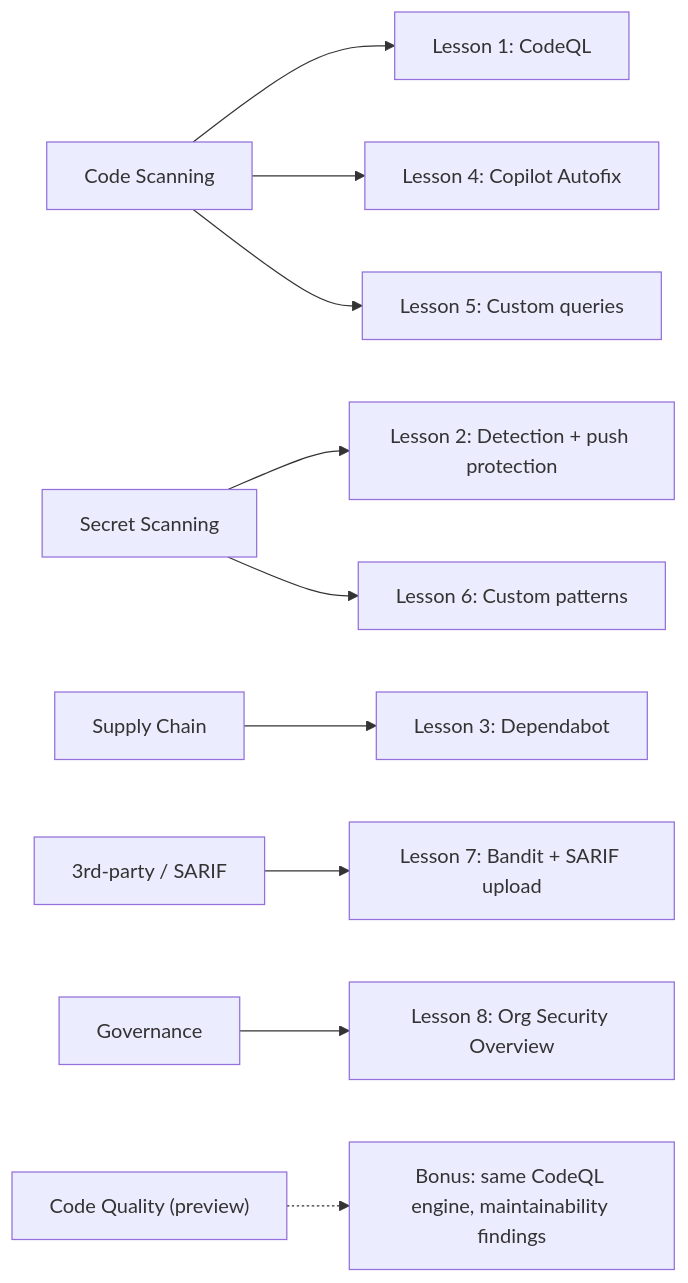
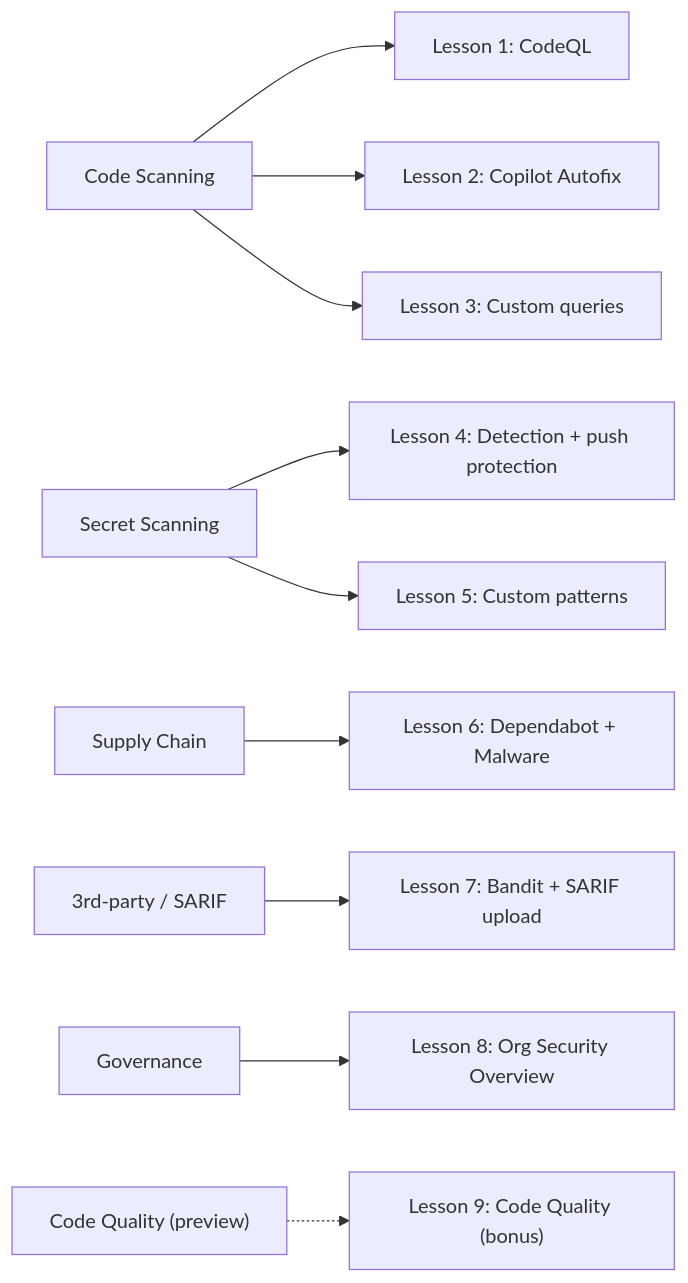
One commit to tkl-enteprises/ghas-demos changed the diagram in README.md. Above: the diagram before and after it, drawn with Mermaid. The commit also changed other lines of this file and 13 other files, not shown here.

````diff
--- a/README.md
+++ b/README.md
@@ -65,12 +65,12 @@
 ```mermaid
 flowchart LR
   P1["Code Scanning"]      --> L1["Lesson 1: CodeQL"]
-  P1                       --> L4["Lesson 4: Copilot Autofix"]
-  P1                       --> L5["Lesson 5: Custom queries"]
-  P2["Secret Scanning"]    --> L2["Lesson 2: Detection + push protection"]
-  P2                       --> L6["Lesson 6: Custom patterns"]
-  P3["Supply Chain"]       --> L3["Lesson 3: Dependabot"]
+  P1                       --> L2["Lesson 2: Copilot Autofix"]
+  P1                       --> L3["Lesson 3: Custom queries"]
+  P2["Secret Scanning"]    --> L4["Lesson 4: Detection + push protection"]
+  P2                       --> L5["Lesson 5: Custom patterns"]
+  P3["Supply Chain"]       --> L6["Lesson 6: Dependabot + Malware"]
   P4["3rd-party / SARIF"]  --> L7["Lesson 7: Bandit + SARIF upload"]
   P5["Governance"]         --> L8["Lesson 8: Org Security Overview"]
-  P6["Code Quality (preview)"] -.-> B["Bonus: same CodeQL engine, maintainability findings"]
+  P6["Code Quality (preview)"] -.-> L9["Lesson 9: Code Quality (bonus)"]
 ```
````
